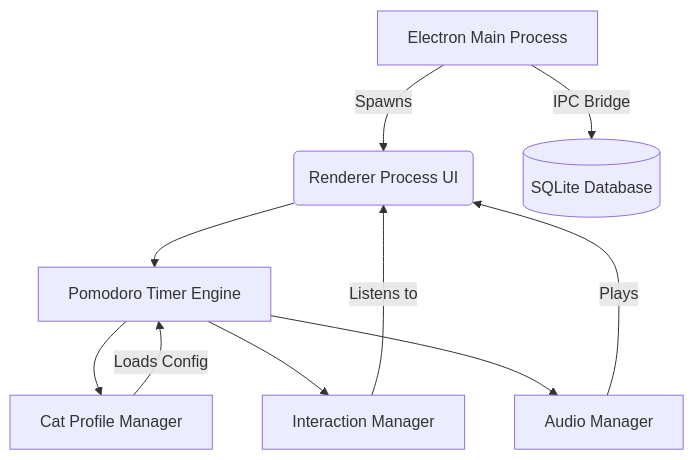
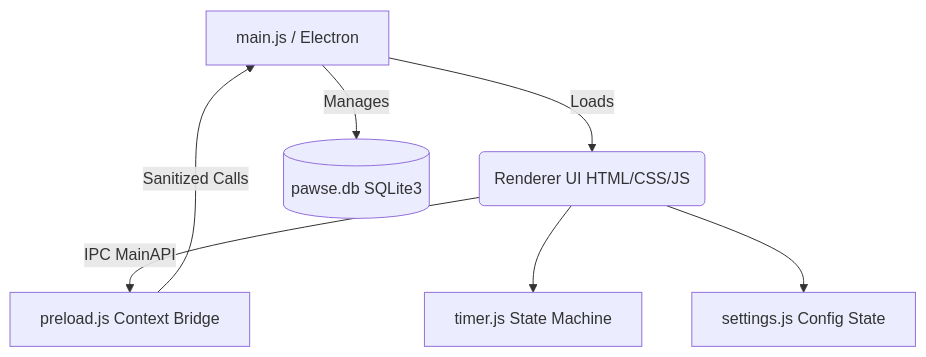
Before and after one commit to educ-jkescritor/Pawse: the diagram in README.md, drawn with Mermaid. The commit also changed other lines of this file, not shown here.

````diff
--- a/README.md
+++ b/README.md
@@ -53,14 +35,11 @@
 ```mermaid
 graph TD
-    A[Electron Main Process] -->|Spawns| B(Renderer Process UI)
-    A -->|IPC Bridge| C[(SQLite Database)]
+    A[main.js / Electron] -->|Loads| B(Renderer UI HTML/CSS/JS)
+    A -->|Manages| C[(pawse.db SQLite3)]
     
-    B --> D[Pomodoro Timer Engine]
-    D --> E[Cat Profile Manager]
-    D --> F[Interaction Manager]
-    D --> G[Audio Manager]
+    B -->|IPC MainAPI| D[preload.js Context Bridge]
+    D -->|Sanitized Calls| A
     
-    E -->|Loads Config| D
-    F -->|Listens to| B
-    G -->|Plays| B
+    B --> E[timer.js State Machine]
+    B --> F[settings.js Config State]
 ```
````
